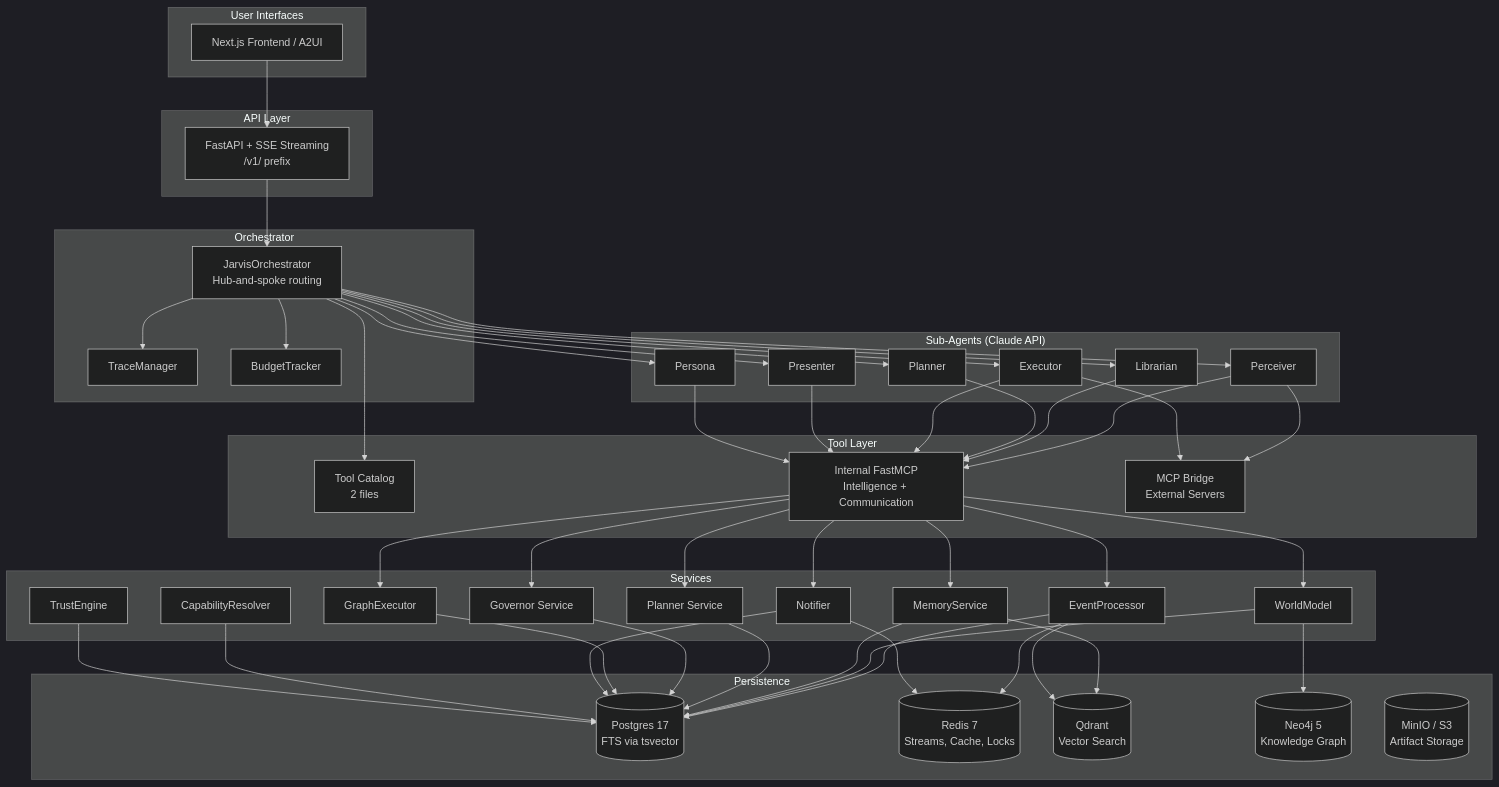
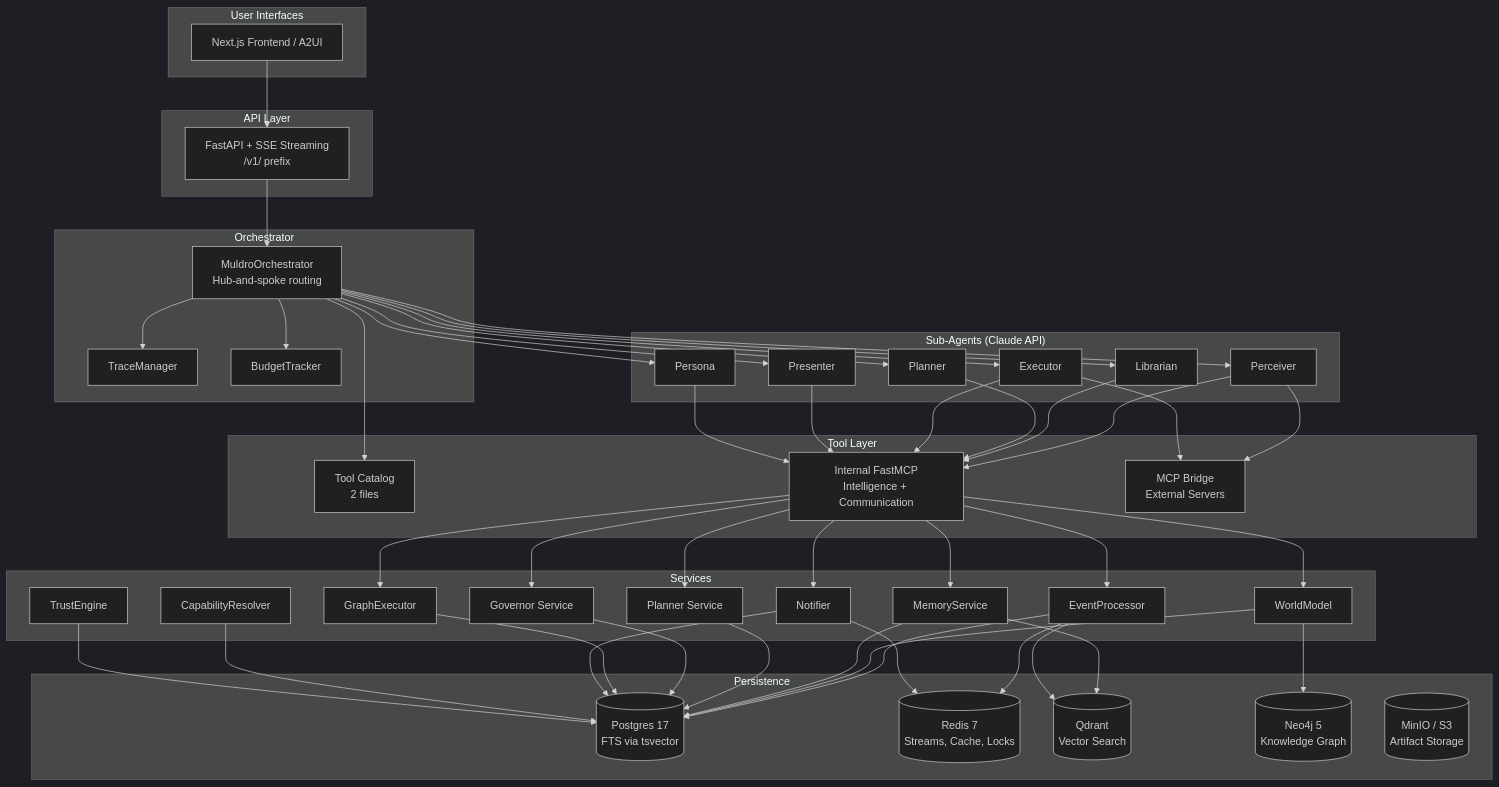
Before and after one commit to shivadharmi/muldro: the first of 2 diagrams in docs/architecture/overview.md, drawn with Mermaid (dark theme). The commit also changed other lines of this file and 359 other files, not shown here.

First line of the commit message:
chore: rebrand Jarvis to Muldro across the codebase

````diff
--- a/docs/architecture/overview.md
+++ b/docs/architecture/overview.md
@@ -15,65 +15,65 @@
 ```mermaid
 graph TB
     subgraph "User Interfaces"
         WEB[Next.js Frontend / A2UI]
     end
 
     subgraph "API Layer"
         API[FastAPI + SSE Streaming<br/>/v1/ prefix]
     end
 
     subgraph "Orchestrator"
-        ORCH[JarvisOrchestrator<br/>Hub-and-spoke routing]
+        ORCH[MuldroOrchestrator<br/>Hub-and-spoke routing]
         TRACE[TraceManager]
         BUDGET[BudgetTracker]
     end
 
     subgraph "Sub-Agents (Claude API)"
         PCV[Perceiver]
         LIB[Librarian]
         PLN[Planner]
         EXE[Executor]
         PRS[Presenter]
         PER[Persona]
     end
 
     subgraph "Tool Layer"
         CAT[Tool Catalog<br/>2 files]
         INT[Internal FastMCP<br/>Intelligence + Communication]
         MCP[MCP Bridge<br/>External Servers]
     end
 
     subgraph "Services"
         EP[EventProcessor]
         WM[WorldModel]
         MS[MemoryService]
         PL[Planner Service]
         GV[Governor Service]
         GE[GraphExecutor]
         NT[Notifier]
         CR[CapabilityResolver]
         TE[TrustEngine]
     end
 
     subgraph "Persistence"
         PG[(Postgres 17<br/>FTS via tsvector)]
         RD[(Redis 7<br/>Streams, Cache, Locks)]
         QD[(Qdrant<br/>Vector Search)]
         N4J[(Neo4j 5<br/>Knowledge Graph)]
         S3[(MinIO / S3<br/>Artifact Storage)]
     end
 
     WEB --> API
     API --> ORCH
     ORCH --> PCV & LIB & PLN & EXE & PRS & PER
     ORCH --> TRACE & BUDGET
     PCV & LIB & PLN & EXE & PRS & PER --> INT
     PCV & EXE --> MCP
     INT --> EP & WM & MS & PL & GV & GE & NT
     ORCH --> CAT
     EP & WM & MS & PL & GV & GE & NT & CR & TE --> PG
     EP & NT --> RD
     WM --> N4J
     MS --> QD
     EP --> QD
 ```
````
